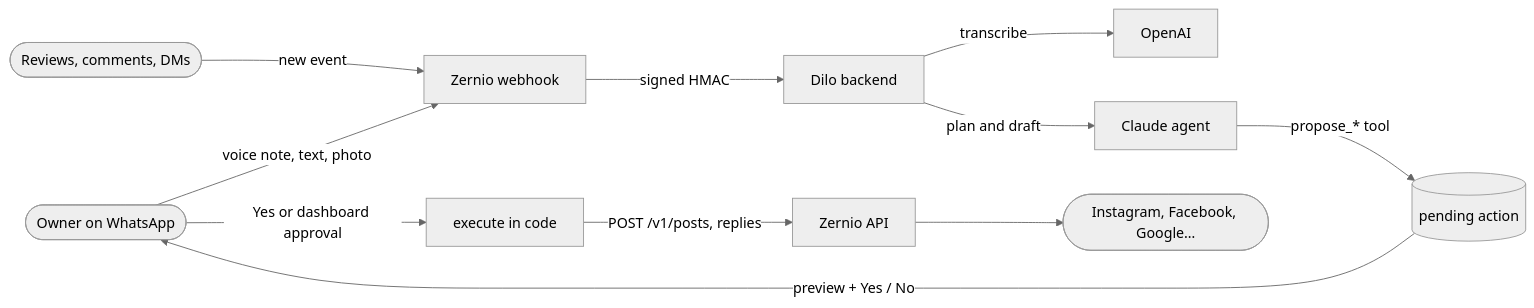
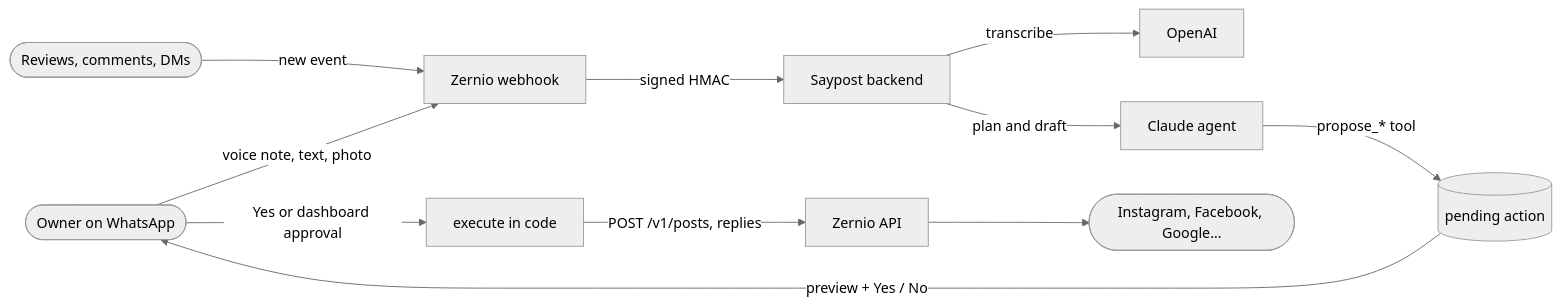
Before and after one commit to Martinez03/saypost: the diagram in README.md, drawn with Mermaid (neutral theme). The commit also changed other lines of this file and 72 other files, not shown here.

First line of the commit message:
Saypost: agency mode, new landing and the rename from Dilo

````diff
--- a/README.md
+++ b/README.md
@@ -25,13 +25,13 @@
 ```mermaid
 flowchart LR
     O([Owner on WhatsApp]) -->|voice note, text, photo| Z1[Zernio webhook]
     N([Reviews, comments, DMs]) -->|new event| Z1
-    Z1 -->|signed HMAC| B[Dilo backend]
+    Z1 -->|signed HMAC| B[Saypost backend]
     B -->|transcribe| T[OpenAI]
     B -->|plan and draft| C[Claude agent]
     C -->|propose_* tool| P[(pending action)]
     P -->|preview + Yes / No| O
     O -->|"Yes" or dashboard approval| X[execute in code]
     X -->|POST /v1/posts, replies| Z2[Zernio API]
     Z2 --> S([Instagram, Facebook, Google…])
 ```
````
